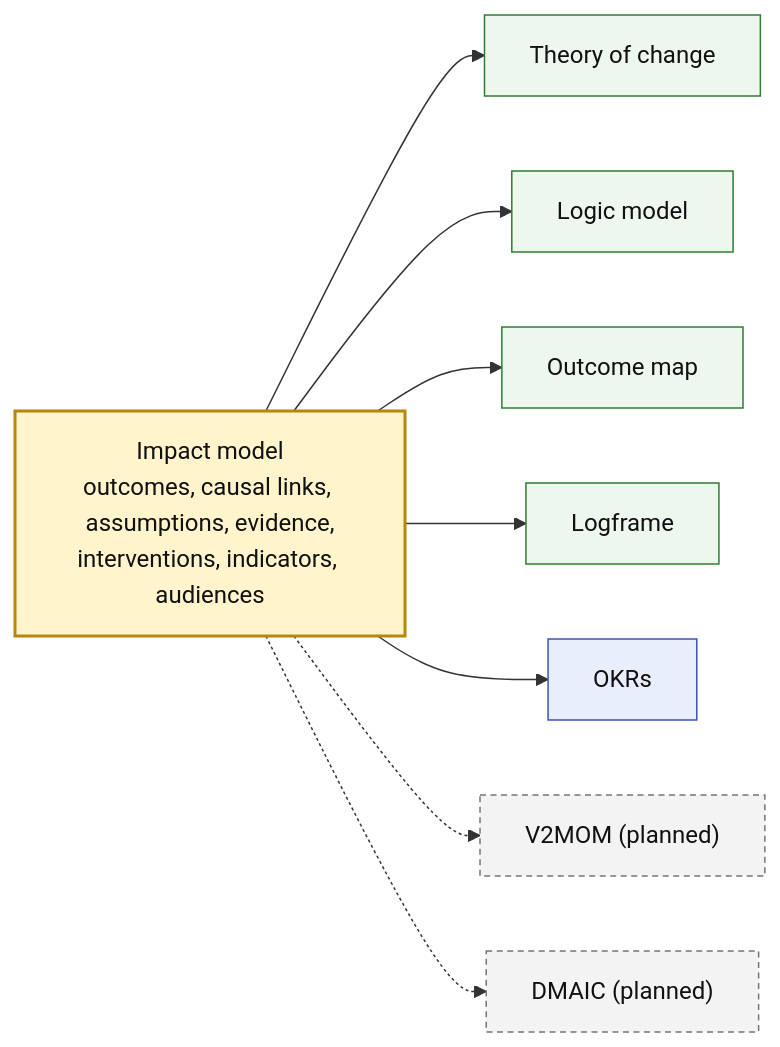
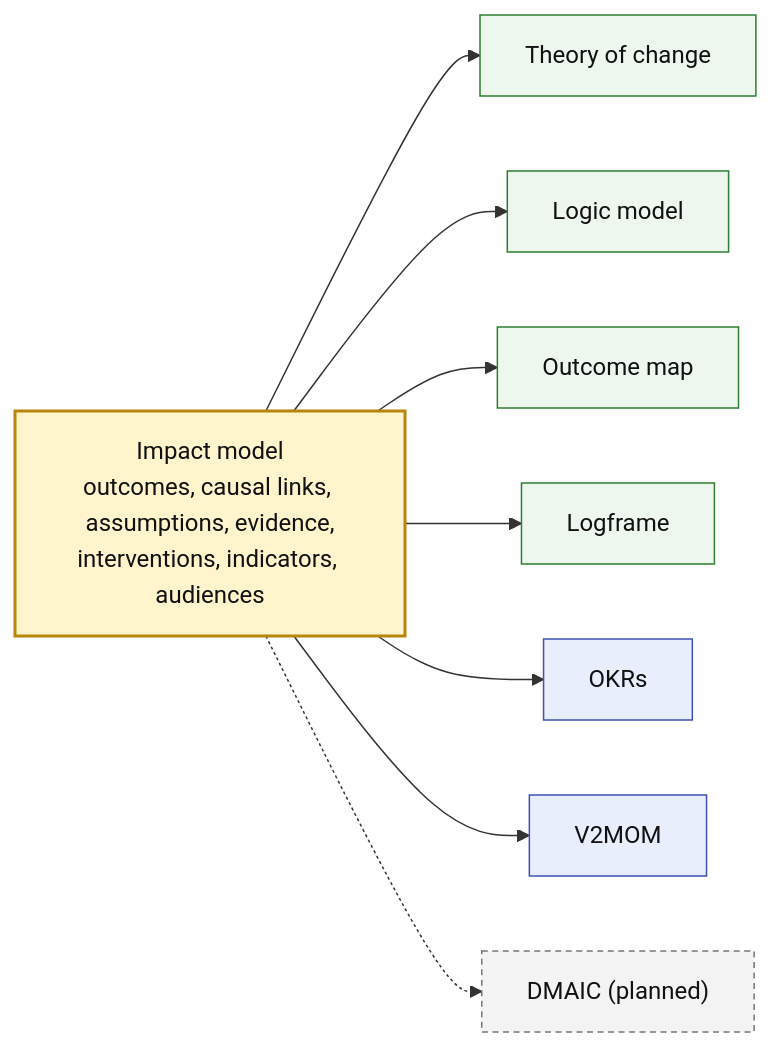
One commit to ProductBuildersHQ/theoryofchange-spec changed the first of 4 diagrams in README.md. Above: the diagram before and after it, drawn with Mermaid. The commit also changed other lines of this file and 9 other files, not shown here.

````diff
--- a/README.md
+++ b/README.md
@@ -35,16 +35,16 @@
 ```mermaid
 flowchart LR
   classDef model fill:#fff4cc,stroke:#b8860b,stroke-width:2px,color:#111
   classDef method fill:#eef7ee,stroke:#2e7d32,color:#111
   classDef strategy fill:#e8eefc,stroke:#3f51b5,color:#111
   classDef planned fill:#f3f3f3,stroke:#757575,stroke-dasharray:4 3,color:#111
 
   im["Impact model<br/>outcomes, causal links, assumptions, evidence,<br/>interventions, indicators, audiences"]:::model
   im --> toc["Theory of change"]:::method
   im --> lm["Logic model"]:::method
   im --> om["Outcome map"]:::method
   im --> lf["Logframe"]:::method
   im --> okr["OKRs"]:::strategy
-  im -.-> v2["V2MOM (planned)"]:::planned
+  im --> v2["V2MOM"]:::strategy
   im -.-> dm["DMAIC (planned)"]:::planned
 ```
````
